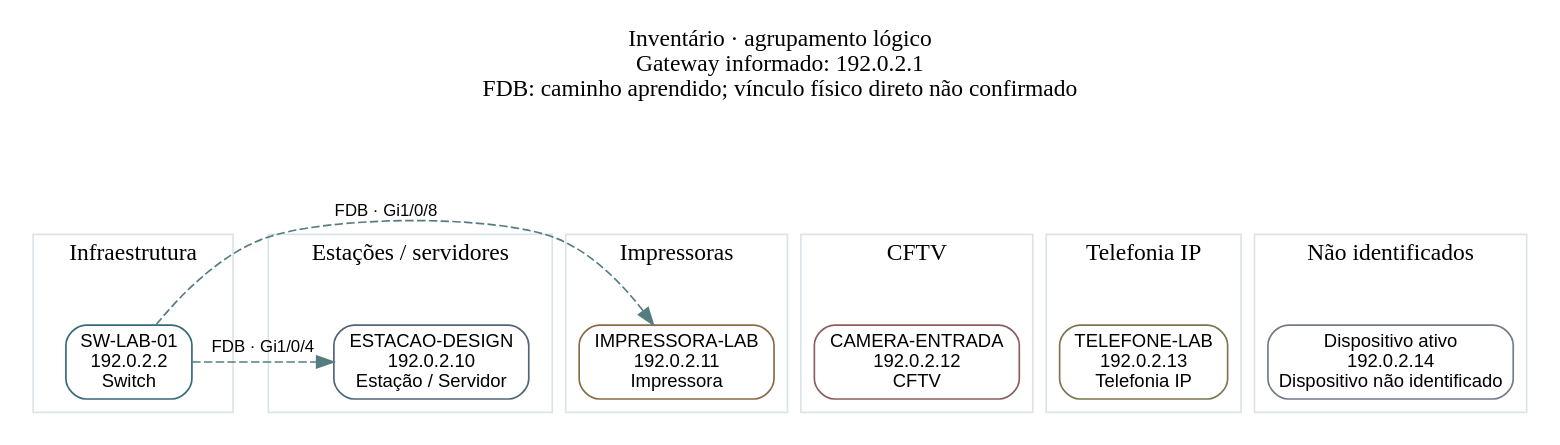
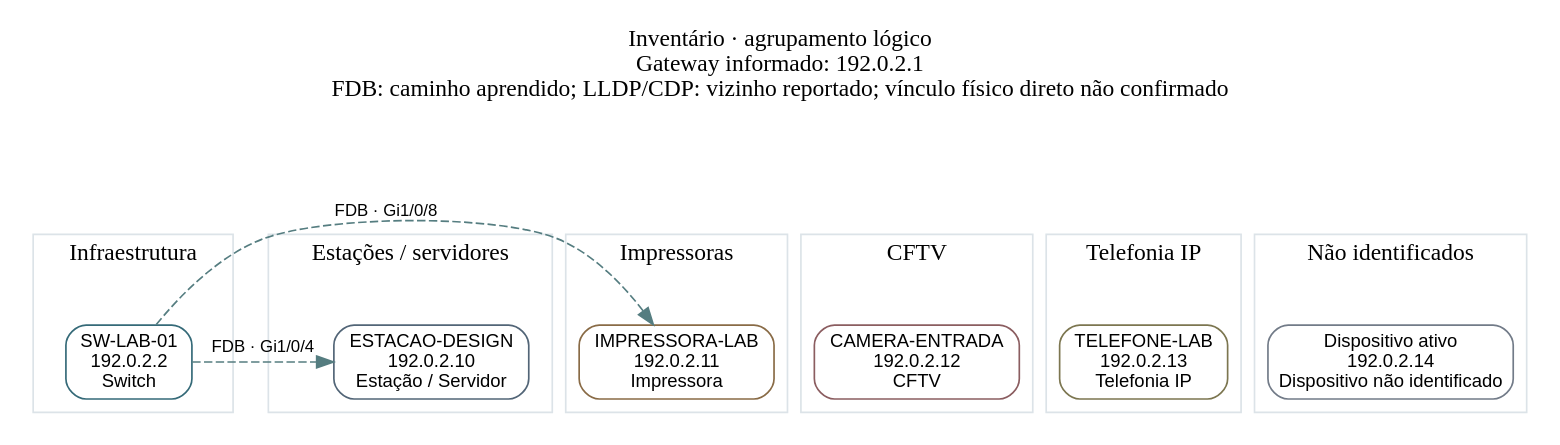
One commit to Carlos-bub/ip-scanner-helper changed the diagram in docs/demo-topology.dot. Above: the diagram before and after it, drawn with Graphviz. The commit also changed 92 other files, not shown here.

```diff
--- a/docs/demo-topology.dot
+++ b/docs/demo-topology.dot
@@ -1,31 +1,31 @@
 digraph inventory {
-  graph [charset="UTF-8", rankdir=TB, compound=true, labelloc=t, label="Inventário · agrupamento lógico\nGateway informado: 192.0.2.1\nFDB: caminho aprendido; vínculo físico direto não confirmado"];
+  graph [charset="UTF-8", rankdir=TB, compound=true, labelloc=t, label="Inventário · agrupamento lógico\nGateway informado: 192.0.2.1\nFDB: caminho aprendido; LLDP/CDP: vizinho reportado; vínculo físico direto não confirmado"];
   node [shape=box, style="rounded", fontname="Arial", fontsize=11];
   edge [style=dashed, color="#557d80", fontname="Arial", fontsize=10, constraint=false];
   subgraph cluster_0 {
     label="Infraestrutura"; color="#dce3e8";
     "192.0.2.2" [label="SW-LAB-01\n192.0.2.2\nSwitch", tooltip="nome: SW-LAB-01\nip: 192.0.2.2\nmac: 02:00:00:00:00:02\ntipo: Switch\nfabricante: Fabricante fictício\nlatencia: 1 ms\norigem: SNMP simulado\nconfianca: Alta\nevidencia_categoria: Descrição SNMP simulada: Managed switch\nstatus: Demonstração — dados fictícios\nvisto_em: Não disponível", color="#356a78"];
   }
   subgraph cluster_1 {
     label="Estações / servidores"; color="#dce3e8";
     "192.0.2.10" [label="ESTACAO-DESIGN\n192.0.2.10\nEstação / Servidor", tooltip="nome: ESTACAO-DESIGN\nip: 192.0.2.10\nmac: 02:00:00:00:00:10\ntipo: Estação / Servidor\nfabricante: Fabricante fictício\nlatencia: < 1 ms\norigem: DNS simulado\nconfianca: Baixa\nevidencia_categoria: Serviços RDP/SMB; função não confirmada\nstatus: Demonstração — dados fictícios\nvisto_em: Não disponível", color="#526577"];
   }
   subgraph cluster_2 {
     label="Impressoras"; color="#dce3e8";
     "192.0.2.11" [label="IMPRESSORA-LAB\n192.0.2.11\nImpressora", tooltip="nome: IMPRESSORA-LAB\nip: 192.0.2.11\nmac: 02:00:00:00:00:11\ntipo: Impressora\nfabricante: Fabricante fictício\nlatencia: 2 ms\norigem: PJL simulado\nconfianca: Alta\nevidencia_categoria: Modelo PJL simulado\nstatus: Demonstração — dados fictícios\nvisto_em: Não disponível", color="#896b46"];
   }
   subgraph cluster_3 {
     label="CFTV"; color="#dce3e8";
     "192.0.2.12" [label="CAMERA-ENTRADA\n192.0.2.12\nCFTV", tooltip="nome: CAMERA-ENTRADA\nip: 192.0.2.12\nmac: 02:00:00:00:00:12\ntipo: CFTV\nfabricante: Fabricante fictício\nlatencia: Não medida\norigem: ONVIF simulado\nconfianca: Alta\nevidencia_categoria: Resposta ONVIF simulada\nstatus: Demonstração — dados fictícios\nvisto_em: Não disponível", color="#8b5d60"];
   }
   subgraph cluster_4 {
     label="Telefonia IP"; color="#dce3e8";
     "192.0.2.13" [label="TELEFONE-LAB\n192.0.2.13\nTelefonia IP", tooltip="nome: TELEFONE-LAB\nip: 192.0.2.13\nmac: 02:00:00:00:00:13\ntipo: Telefonia IP\nfabricante: Fabricante fictício\nlatencia: 3 ms\norigem: SIP simulado\nconfianca: Alta\nevidencia_categoria: Resposta SIP simulada\nstatus: Demonstração — dados fictícios\nvisto_em: Não disponível", color="#7c7650"];
   }
   subgraph cluster_5 {
     label="Não identificados"; color="#dce3e8";
     "192.0.2.14" [label="Dispositivo ativo\n192.0.2.14\nDispositivo não identificado", tooltip="nome: Dispositivo ativo\nip: 192.0.2.14\nmac: 02:00:00:00:00:14\ntipo: Dispositivo não identificado\nfabricante: MAC local / privado (fabricante indeterminado)\nlatencia: Não medida\norigem: Detecção simulada\nconfianca: Baixa\nevidencia_categoria: Evidências insuficientes para definir categoria\nstatus: Demonstração — dados fictícios\nvisto_em: Não disponível", color="#727b88"];
   }
-  "192.0.2.2" -> "192.0.2.10" [label="FDB · Gi1/0/4", tooltip="MAC aprendido em 192.0.2.2 · Gi1/0/4; vínculo direto não confirmado\nOrigem da observação não registrada · Instante não registrado", kind="fdb_path"];
-  "192.0.2.2" -> "192.0.2.11" [label="FDB · Gi1/0/8", tooltip="MAC aprendido em 192.0.2.2 · Gi1/0/8; vínculo direto não confirmado\nOrigem da observação não registrada · Instante não registrado", kind="fdb_path"];
+  "192.0.2.2" -> "192.0.2.10" [label="FDB · Gi1/0/4", tooltip="MAC aprendido em 192.0.2.2 · Gi1/0/4; vínculo direto não confirmado\nOrigem da observação não registrada · Instante não registrado", kind="fdb_path", neighbor_status=""];
+  "192.0.2.2" -> "192.0.2.11" [label="FDB · Gi1/0/8", tooltip="MAC aprendido em 192.0.2.2 · Gi1/0/8; vínculo direto não confirmado\nOrigem da observação não registrada · Instante não registrado", kind="fdb_path", neighbor_status=""];
 }
```
